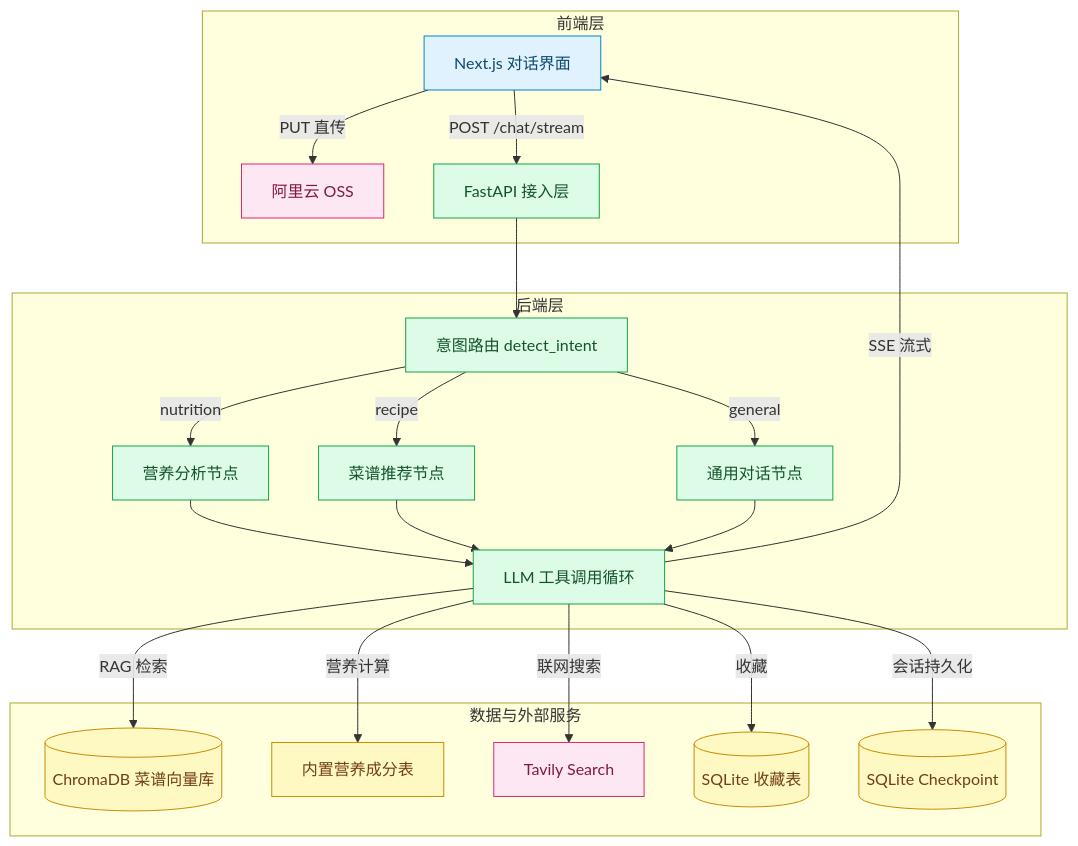
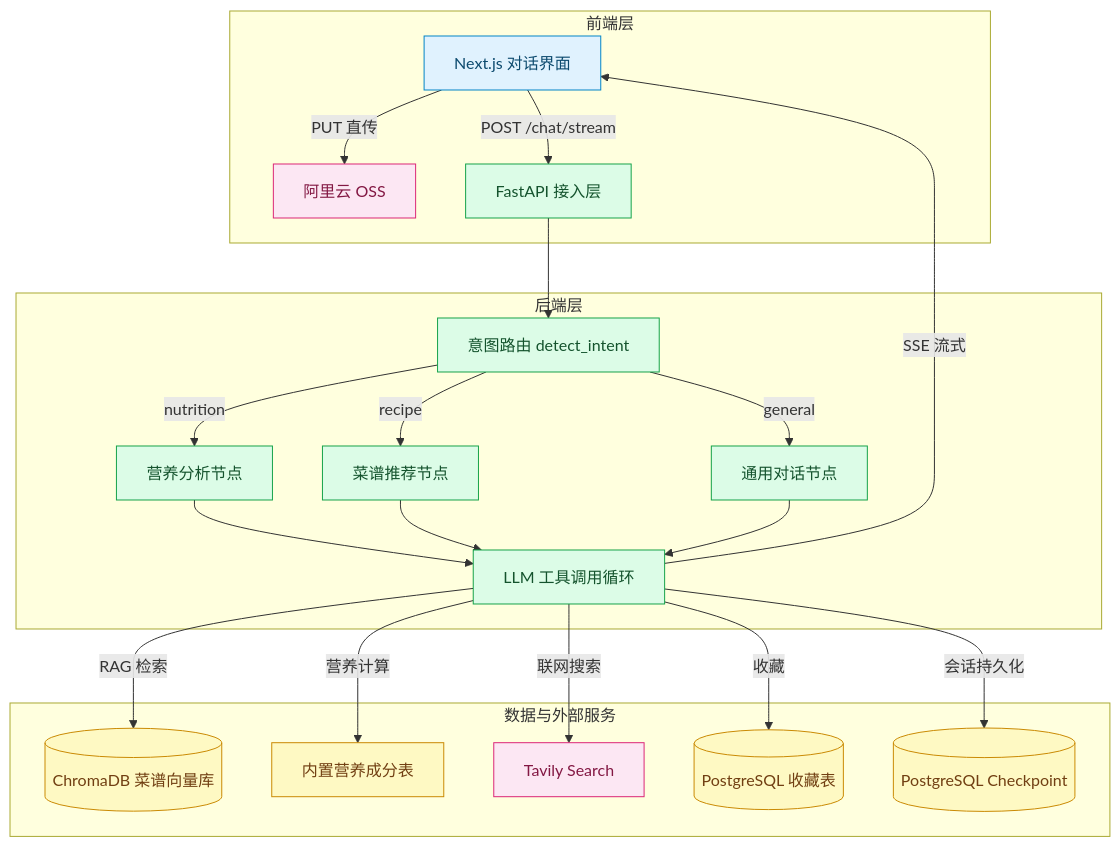
The first of 3 diagrams in README.md (Wangdake00/zhishan-ai-cooking-agent), drawn with Mermaid before and after one commit. The commit also changed other lines of this file and 31 other files, not shown here.

First line of the commit message:
feat: 迁移 PostgreSQL 17 并完成安全加固与稳定性修复

````diff
--- a/README.md
+++ b/README.md
@@ -91,30 +91,30 @@
 ```mermaid
 flowchart TB
     classDef frontend fill:#e0f2fe,stroke:#0284c7,color:#0c4a6e
     classDef backend fill:#dcfce7,stroke:#16a34a,color:#14532d
     classDef data fill:#fef9c3,stroke:#ca8a04,color:#713f12
     classDef external fill:#fce7f3,stroke:#db2777,color:#831843
 
     subgraph F["前端层"]
         A[Next.js 对话界面]:::frontend
         A -->|PUT 直传| OSS[阿里云 OSS]:::external
         A -->|POST /chat/stream| B[FastAPI 接入层]:::backend
     end
 
     subgraph E["后端层"]
         B --> C[意图路由 detect_intent]:::backend
         C -->|nutrition| N[营养分析节点]:::backend
         C -->|recipe| R[菜谱推荐节点]:::backend
         C -->|general| G[通用对话节点]:::backend
         N & R & G --> D[LLM 工具调用循环]:::backend
         D -->|SSE 流式| A
     end
 
     subgraph S["数据与外部服务"]
         D -->|RAG 检索| CH[(ChromaDB 菜谱向量库)]:::data
         D -->|营养计算| NUT[内置营养成分表]:::data
         D -->|联网搜索| TV[Tavily Search]:::external
-        D -->|收藏| FAV[(SQLite 收藏表)]:::data
-        D -->|会话持久化| CP[(SQLite Checkpoint)]:::data
+        D -->|收藏| FAV[(PostgreSQL 收藏表)]:::data
+        D -->|会话持久化| CP[(PostgreSQL Checkpoint)]:::data
     end
 ```
````
